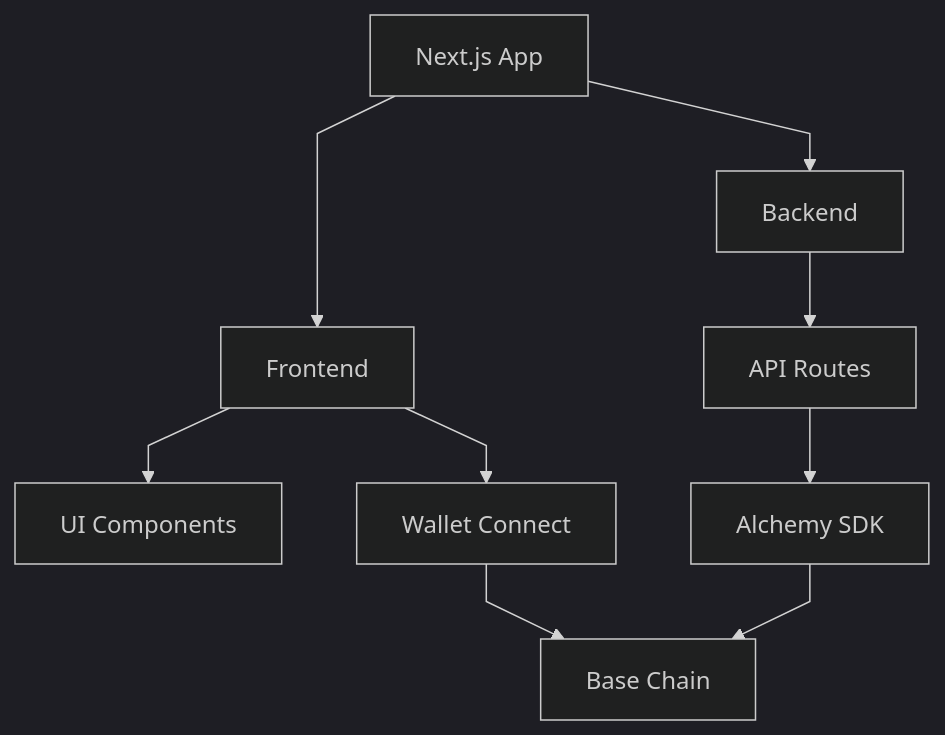
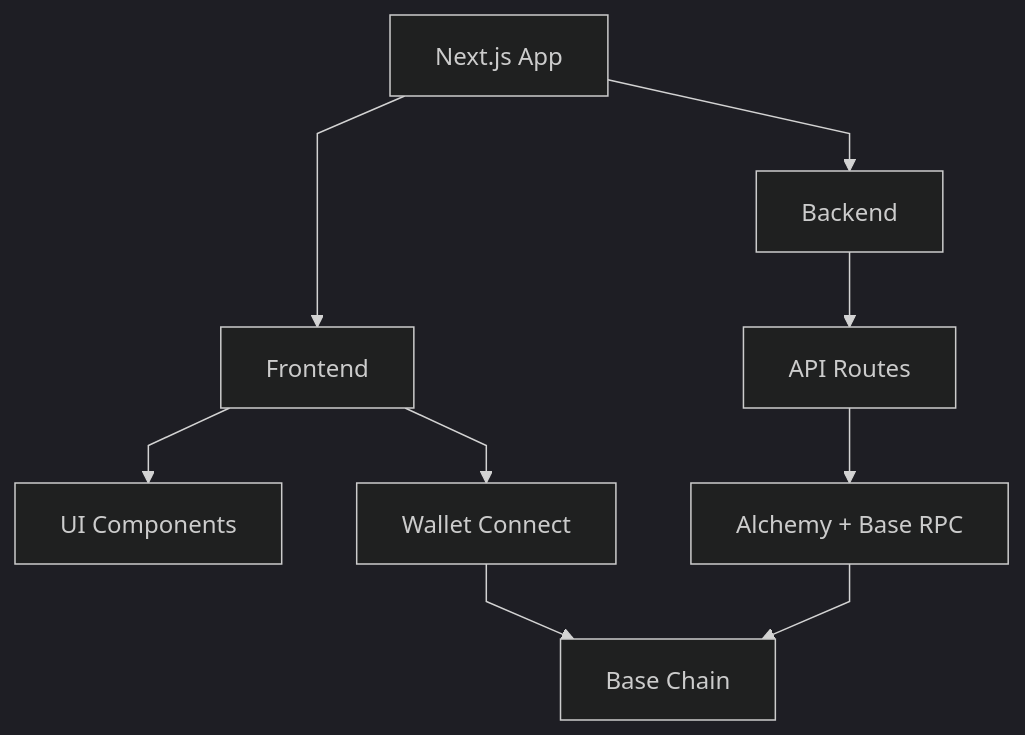
Before and after one commit to MBrassey/base.brassey.io: the diagram in README.md, drawn with Mermaid. The commit also changed other lines of this file and 32 other files, not shown here.

````diff
--- a/README.md
+++ b/README.md
@@ -7,16 +7,16 @@
 ```mermaid
 %%{init: {'theme':'dark', 'flowchart': {'useMaxWidth':false, 'htmlLabels':true, 'curve':'linear'}, 'securityLevel': 'loose', 'displayMode': true, 'showSequenceNumbers': false }}%%
 flowchart TD
     A[Next.js App]
     A --> B[Frontend]
     A --> C[Backend]
-    
+
     B --> D[UI Components]
     B --> E[Wallet Connect]
-    
+
     C --> F[API Routes]
-    F --> G[Alchemy SDK]
-    
+    F --> G[Alchemy + Base RPC]
+
     G --> H[Base Chain]
     E --> H
 ```
````
